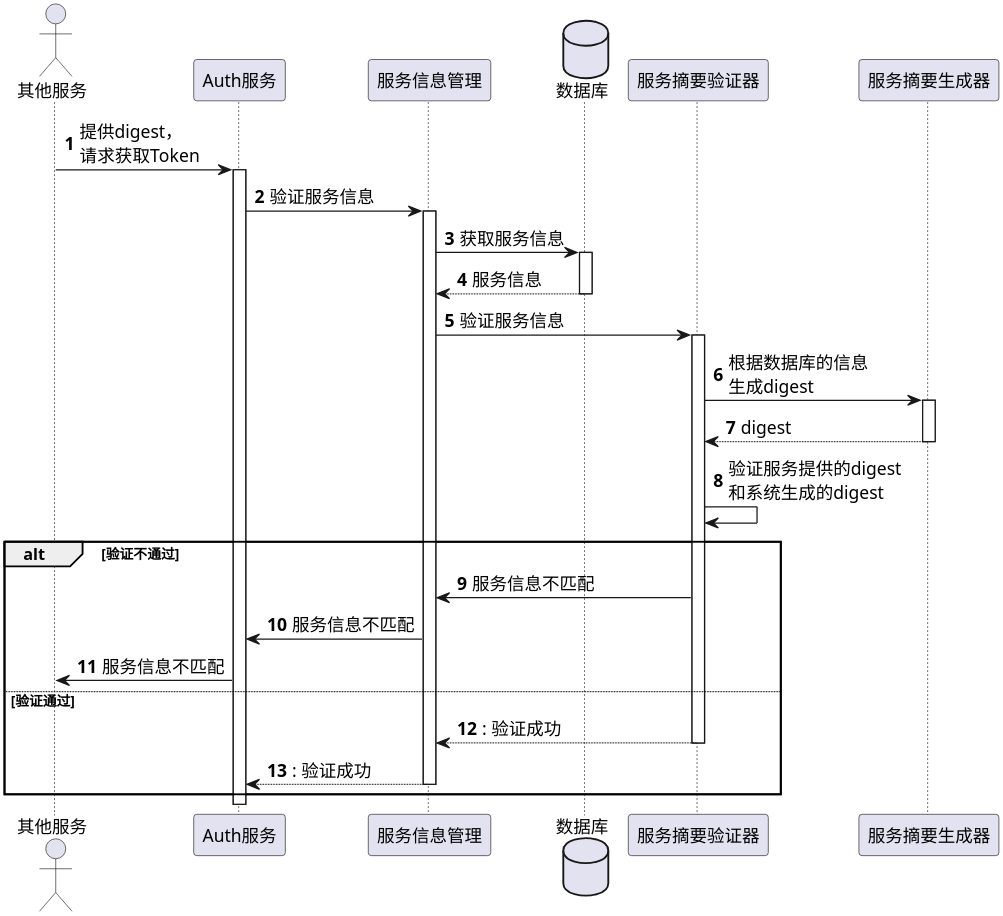
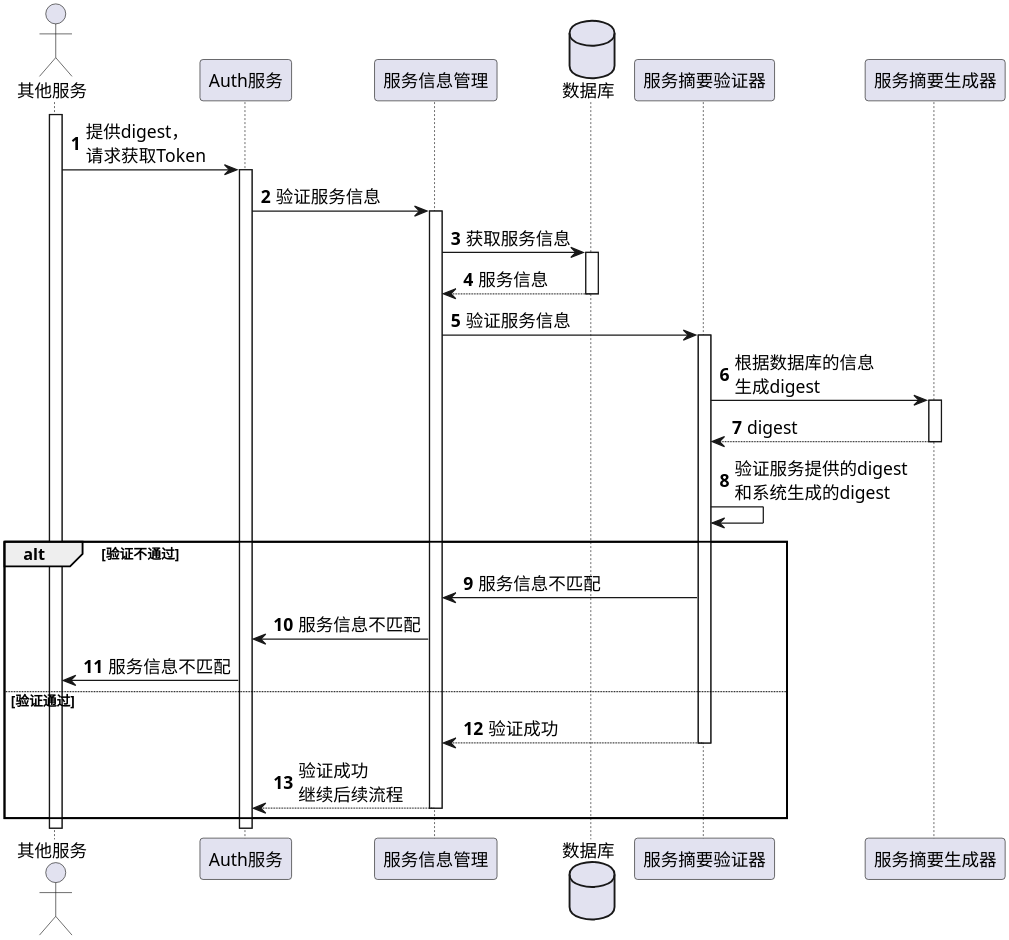
One commit to Etherealss/MessagePusher changed the diagram in uml/auth/token/token生成/时序图-1.puml. Above: the diagram before and after it, drawn with PlantUML. The commit also changed 18 other files, not shown here.

```diff
--- a/uml/auth/token/token生成/时序图-1.puml
+++ b/uml/auth/token/token生成/时序图-1.puml
@@ -1,37 +1,39 @@
 @startuml
 'https://plantuml.com/sequence-diagram
 
 skinparam shadowing false
 skinparam defaultFontName xfonts-wqy
+skinparam defaultFontName times
 skinparam dpi 300
 skinparam activity  {
     DiamondFontSize 14
     ArrowFontSize 14
     FontSize 14
 }
 autonumber
 
 actor 其他服务 as Server
 participant Auth服务 as Auth
 participant 服务信息管理 as ServerInfoService
 database 数据库 as DB
 participant 服务摘要验证器 as ServerDigestValidator
 participant 服务摘要生成器 as ServerDigestGenerator
 
+activate Server
 Server -> Auth ++: 提供digest，\n请求获取Token
 Auth -> ServerInfoService ++: 验证服务信息
 ServerInfoService -> DB ++: 获取服务信息
 return 服务信息
 ServerInfoService -> ServerDigestValidator ++: 验证服务信息
 ServerDigestValidator -> ServerDigestGenerator ++: 根据数据库的信息\n生成digest
 return digest
 ServerDigestValidator -> ServerDigestValidator: 验证服务提供的digest\n和系统生成的digest
 alt 验证不通过
     ServerInfoService <- ServerDigestValidator : 服务信息不匹配
     Auth <- ServerInfoService: 服务信息不匹配
     Server <- Auth: 服务信息不匹配
 else 验证通过
-    return: 验证成功
-    return: 验证成功
+    return 验证成功
+    return 验证成功\n继续后续流程
 end
 @enduml
```
